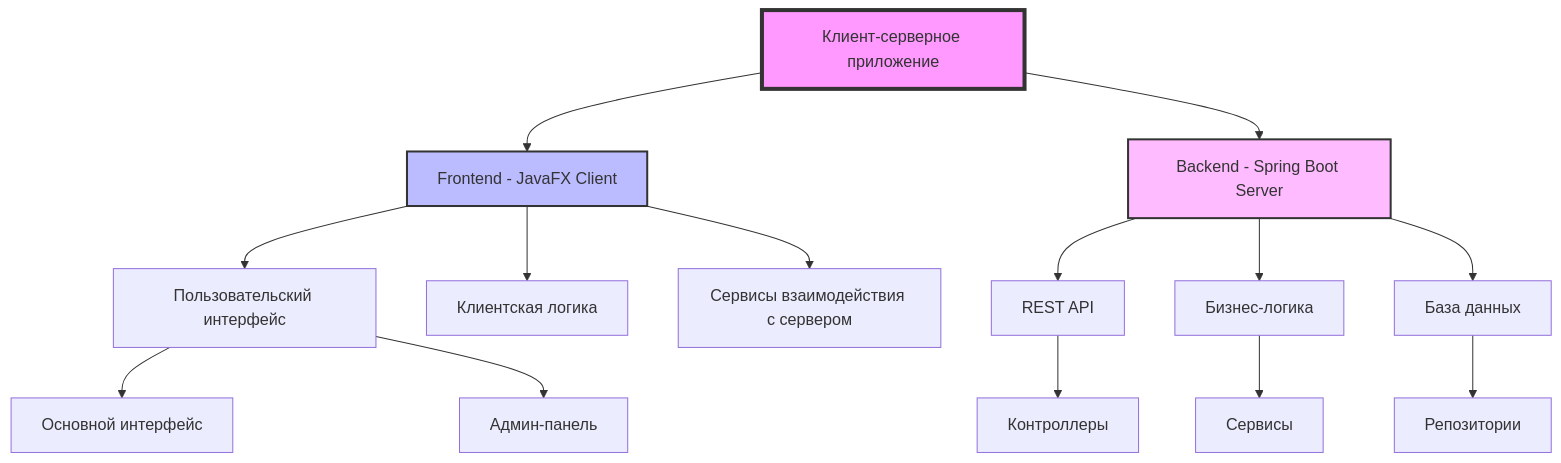
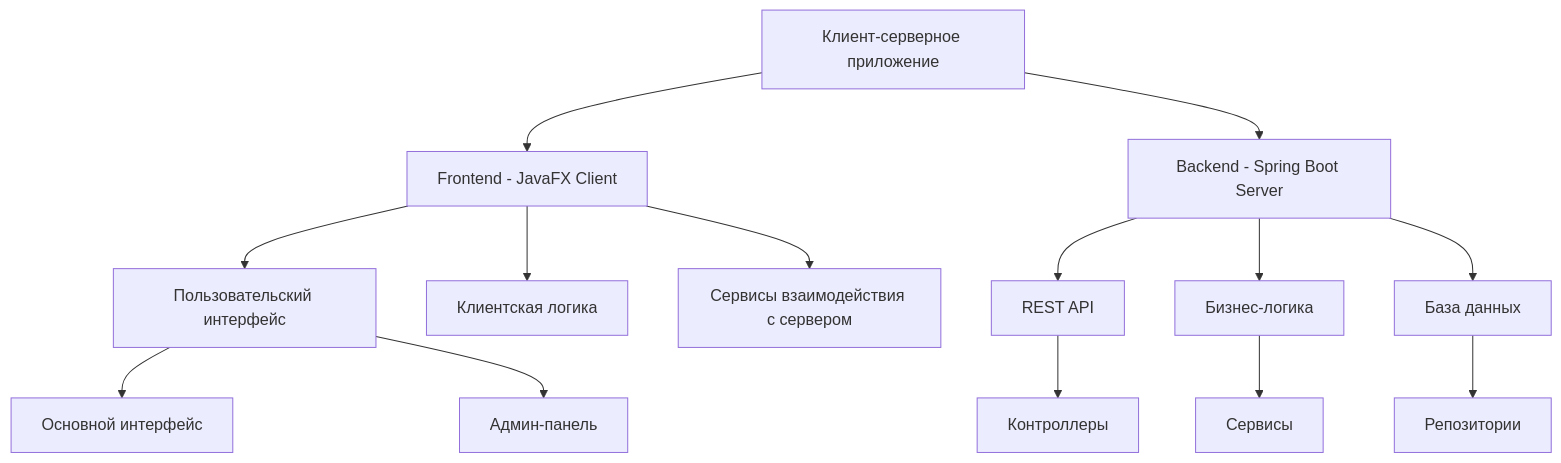
Before and after one commit to Butcher044/H2-Hibernate: the first of 5 diagrams in README.md, drawn with Mermaid. The commit also changed other lines of this file, not shown here.

````diff
--- a/README.md
+++ b/README.md
@@ -81,27 +81,20 @@
 ```mermaid
 graph TD
     A[Клиент-серверное приложение] --> B[Frontend - JavaFX Client]
     A --> C[Backend - Spring Boot Server]
     
     B --> D[Пользовательский интерфейс]
     B --> E[Клиентская логика]
     B --> F[Сервисы взаимодействия с сервером]
     
     C --> G[REST API]
     C --> H[Бизнес-логика]
     C --> I[База данных]
     
     D --> J[Основной интерфейс]
     D --> K[Админ-панель]
     
     G --> L[Контроллеры]
     H --> M[Сервисы]
     I --> N[Репозитории]
-
-    style A fill:#f9f,stroke:#333,stroke-width:4px
-    style B fill:#bbf,stroke:#333,stroke-width:2px
-    style C fill:#fbf,stroke:#333,stroke-width:2px
-    
-    classDef highlight fill:#f96,stroke:#333,stroke-width:4px;
-    class A highlight
 ```
````
